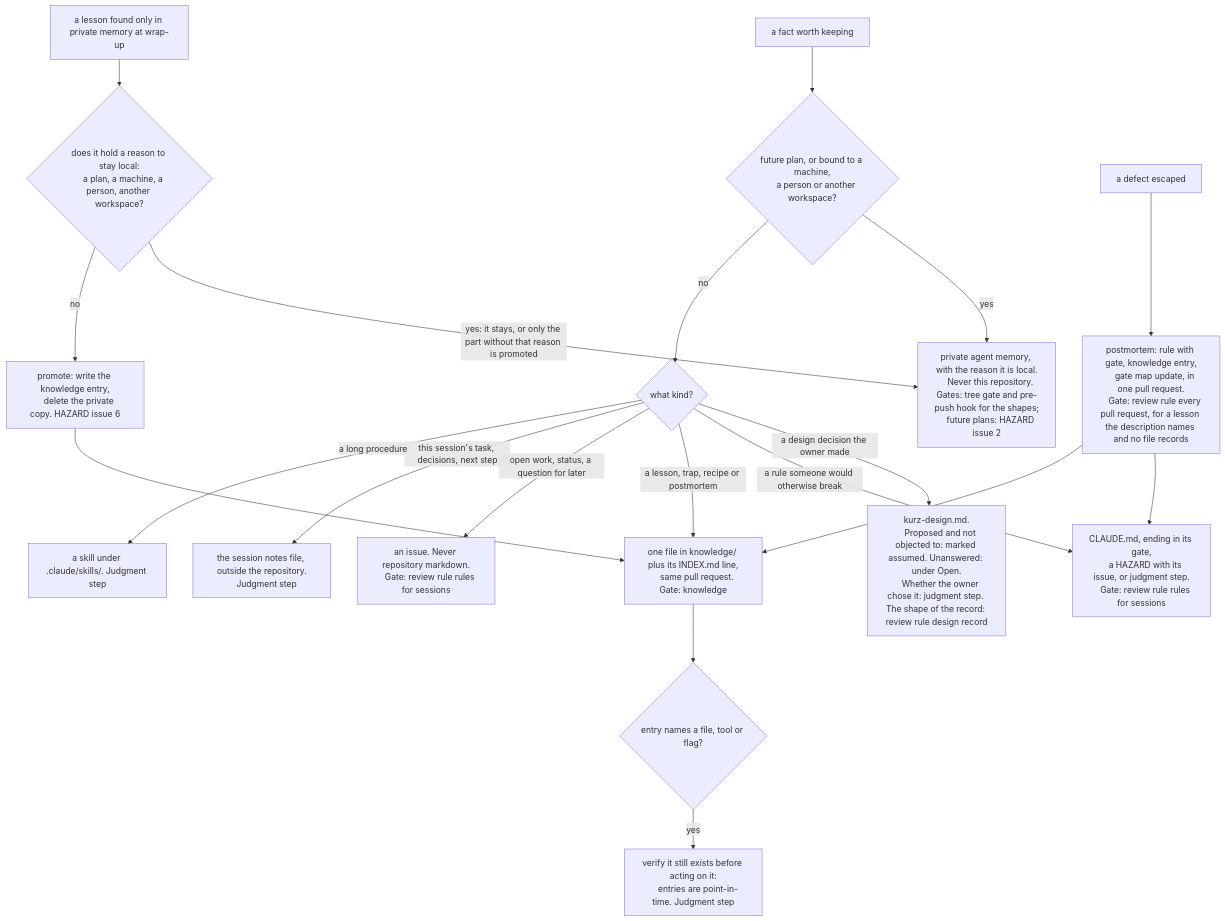
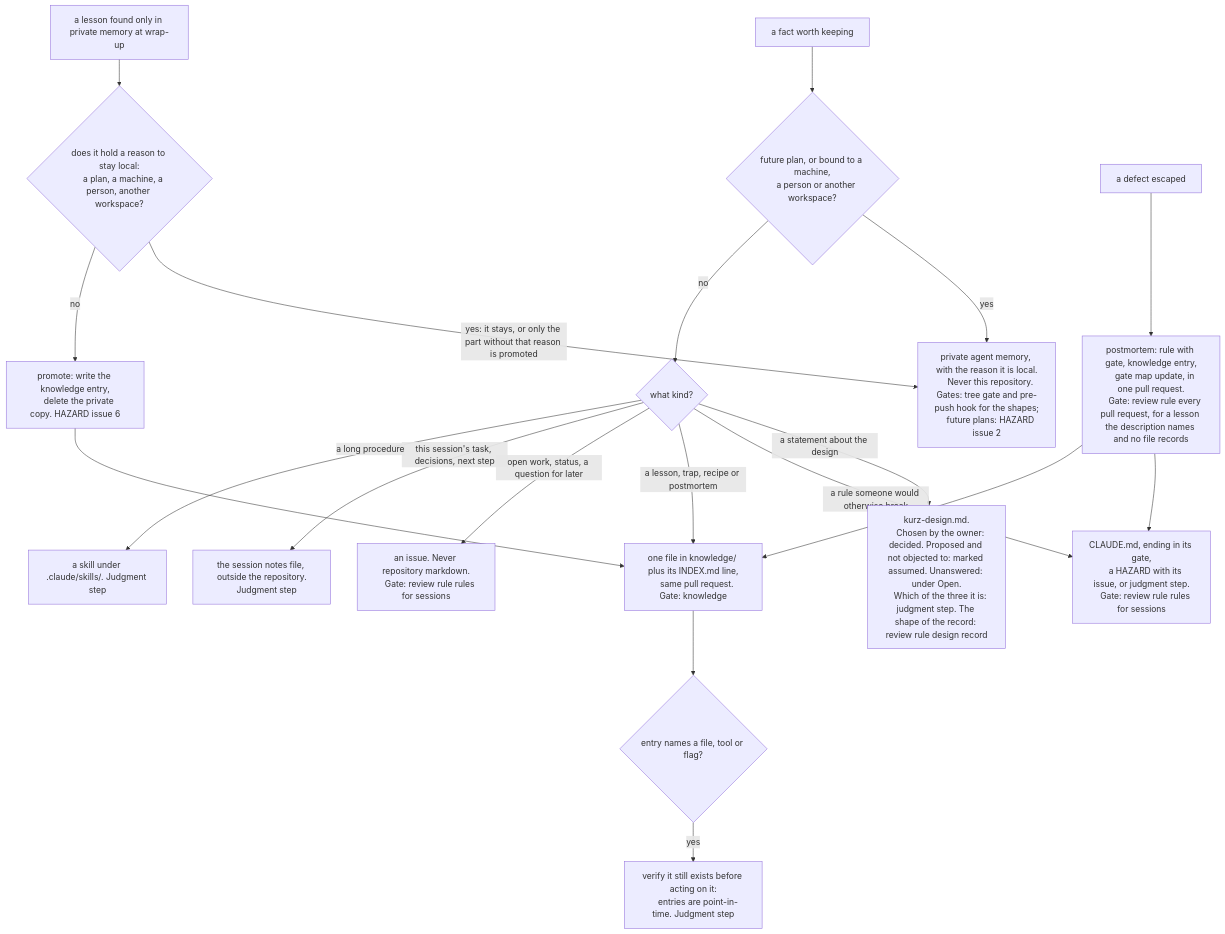
Before and after one commit to SymoHTL/Kurz: the diagram in knowledge/diagram-knowledge-routing.md, drawn with Mermaid. The commit also changed 26 other files, not shown here.

````diff
--- a/knowledge/diagram-knowledge-routing.md
+++ b/knowledge/diagram-knowledge-routing.md
@@ -14,36 +14,36 @@
 ```mermaid
 flowchart TD
     F["a fact worth keeping"] --> Q0{"future plan, or bound to a machine,
     a person or another workspace?"}
     Q0 -- "yes" --> PM["private agent memory, with the reason it is local.
     Never this repository. Gates: tree gate and pre-push hook for the shapes;
     future plans: HAZARD issue 2"]
     Q0 -- "no" --> Q1{"what kind?"}
-    Q1 -- "a design decision the owner made" --> DR["kurz-design.md.
-    Proposed and not objected to: marked assumed. Unanswered: under Open.
-    Whether the owner chose it: judgment step. The shape of the record: review rule design record"]
+    Q1 -- "a statement about the design" --> DR["kurz-design.md.
+    Chosen by the owner: decided. Proposed and not objected to: marked assumed. Unanswered: under Open.
+    Which of the three it is: judgment step. The shape of the record: review rule design record"]
     Q1 -- "a rule someone would otherwise break" --> CL["CLAUDE.md, ending in its gate,
     a HAZARD with its issue, or judgment step.
     Gate: review rule rules for sessions"]
     Q1 -- "a lesson, trap, recipe or postmortem" --> KN["one file in knowledge/ plus its INDEX.md line,
     same pull request. Gate: knowledge"]
     Q1 -- "open work, status, a question for later" --> IS["an issue. Never repository markdown.
     Gate: review rule rules for sessions"]
     Q1 -- "this session's task, decisions, next step" --> NO["the session notes file, outside the repository.
     Judgment step"]
     Q1 -- "a long procedure" --> SK["a skill under .claude/skills/. Judgment step"]
     PMx["a lesson found only in private memory at wrap-up"] --> Q2{"does it hold a reason to stay local:
     a plan, a machine, a person, another workspace?"}
     Q2 -- "yes: it stays, or only the part without that reason is promoted" --> PM
     Q2 -- "no" --> PR["promote: write the knowledge entry,
     delete the private copy. HAZARD issue 6"]
     PR --> KN
     ES["a defect escaped"] --> PO["postmortem: rule with gate, knowledge entry,
     gate map update, in one pull request.
     Gate: review rule every pull request, for a lesson the description names and no file records"]
     PO --> CL
     PO --> KN
     KN --> ST{"entry names a file, tool or flag?"}
     ST -- "yes" --> VF["verify it still exists before acting on it:
     entries are point-in-time. Judgment step"]
 ```
````
